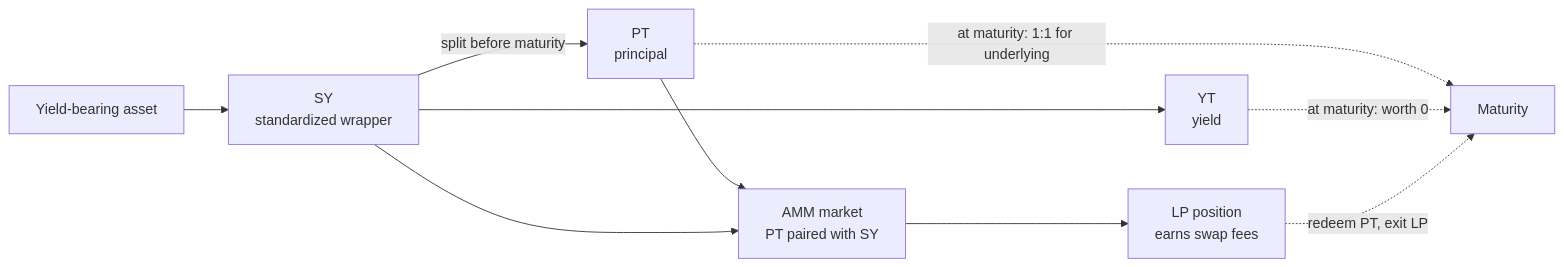
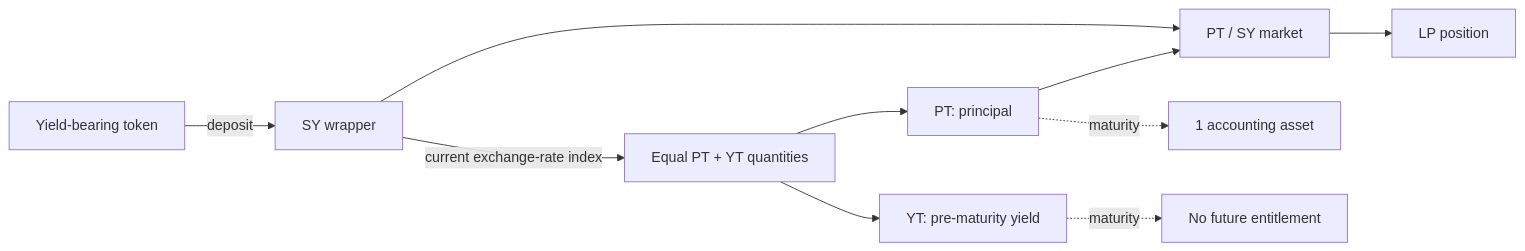
One commit to ggmatch-mod/open-pendle changed the diagram in docs-site/concepts/how-pendle-works.md. Above: the diagram before and after it, drawn with Mermaid. The commit also changed other lines of this file and 74 other files, not shown here.

````diff
--- a/docs-site/concepts/how-pendle-works.md
+++ b/docs-site/concepts/how-pendle-works.md
@@ -32,12 +18,12 @@
 ```mermaid
 flowchart LR
-  A[Yield-bearing asset] --> B[SY<br/>standardized wrapper]
-  B -->|split before maturity| C[PT<br/>principal]
-  B --> D[YT<br/>yield]
-  C --> M[AMM market<br/>PT paired with SY]
-  B --> M
-  M --> L[LP position<br/>earns swap fees]
-  C -.->|at maturity: 1:1 for underlying| Z[Maturity]
-  D -.->|at maturity: worth 0| Z
-  L -.->|redeem PT, exit LP| Z
+  Y[Yield-bearing token] -->|deposit| SY[SY wrapper]
+  SY -->|current exchange-rate index| PY[Equal PT + YT quantities]
+  PY --> PT[PT: principal]
+  PY --> YT[YT: pre-maturity yield]
+  PT --> M[PT / SY market]
+  SY --> M
+  M --> LP[LP position]
+  PT -.->|maturity| A[1 accounting asset]
+  YT -.->|maturity| Z[No future entitlement]
 ```
````
